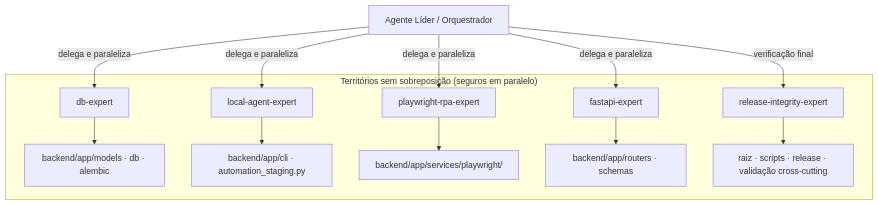
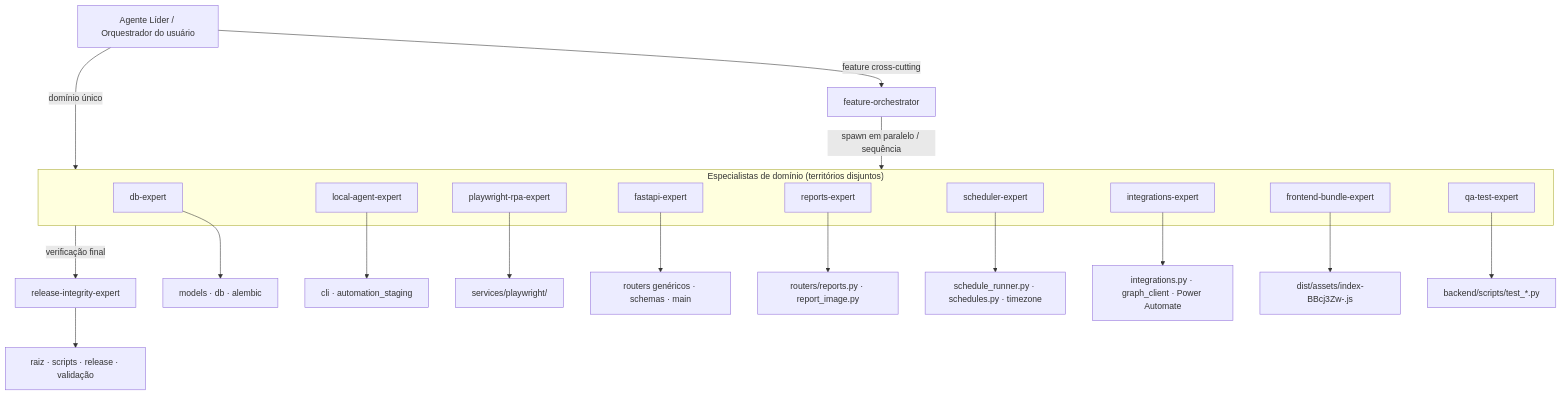
The diagram in AGENTES_E_SKILLS.md (Edinhs/Automa-o), drawn with Mermaid before and after one commit. The commit also changed other lines of this file and 30 other files, not shown here.

````diff
--- a/AGENTES_E_SKILLS.md
+++ b/AGENTES_E_SKILLS.md
@@ -12,16 +15,33 @@
 ```mermaid
 graph TD
-    Lider[Agente Líder / Orquestrador] -->|delega e paraleliza| DB[db-expert]
-    Lider -->|delega e paraleliza| CLI[local-agent-expert]
-    Lider -->|delega e paraleliza| RPA[playwright-rpa-expert]
-    Lider -->|delega e paraleliza| API[fastapi-expert]
-    Lider -->|verificação final| REL[release-integrity-expert]
+    Lider[Agente Líder / Orquestrador do usuário]
+    Lider -->|feature cross-cutting| ORQ[feature-orchestrator]
+    Lider -->|domínio único| Espec
 
-    subgraph "Territórios sem sobreposição (seguros em paralelo)"
-        DB --> D1["backend/app/models · db · alembic"]
-        CLI --> D2["backend/app/cli · automation_staging.py"]
-        RPA --> D3["backend/app/services/playwright/"]
-        API --> D4["backend/app/routers · schemas"]
-        REL --> D5["raiz · scripts · release · validação cross-cutting"]
+    ORQ -->|spawn em paralelo / sequência| Espec
+
+    subgraph Espec["Especialistas de domínio (territórios disjuntos)"]
+        DB[db-expert]
+        CLI[local-agent-expert]
+        RPA[playwright-rpa-expert]
+        API[fastapi-expert]
+        REP[reports-expert]
+        SCH[scheduler-expert]
+        INT[integrations-expert]
+        FE[frontend-bundle-expert]
+        QA[qa-test-expert]
     end
+
+    Espec -->|verificação final| REL[release-integrity-expert]
+
+    DB --> d1["models · db · alembic"]
+    CLI --> d2["cli · automation_staging"]
+    RPA --> d3["services/playwright/"]
+    API --> d4["routers genéricos · schemas · main"]
+    REP --> d5["routers/reports.py · report_image.py"]
+    SCH --> d6["schedule_runner.py · schedules.py · timezone"]
+    INT --> d7["integrations.py · graph_client · Power Automate"]
+    FE --> d8["dist/assets/index-BBcj3Zw-.js"]
+    QA --> d9["backend/scripts/test_*.py"]
+    REL --> d10["raiz · scripts · release · validação"]
 ```
````
